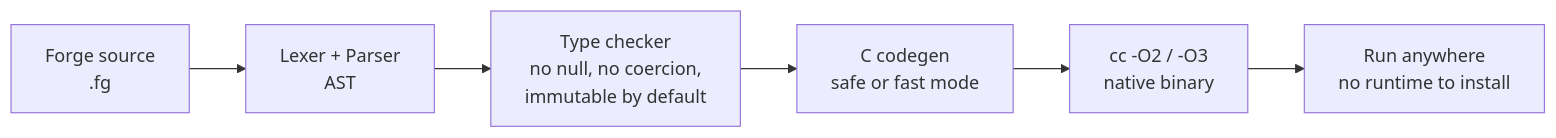
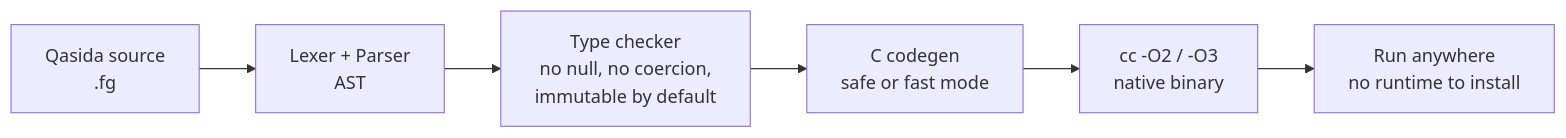
One commit to themythofsisyphusjayant/RED-MOON- changed the first of 2 diagrams in README.md. Above: the diagram before and after it, drawn with Mermaid. The commit also changed other lines of this file, not shown here.

Commit message:
Refresh README: Qasida 2.2.0, self-hosting, speed + quant-latency results

````diff
--- a/README.md
+++ b/README.md
@@ -169,8 +198,8 @@
 ```mermaid
 flowchart LR
-    A[Forge source<br/>.fg] --> B[Lexer + Parser<br/>AST]
+    A[Qasida source<br/>.fg] --> B[Lexer + Parser<br/>AST]
     B --> C[Type checker<br/>no null, no coercion,<br/>immutable by default]
     C --> D[C codegen<br/>safe or fast mode]
     D --> E[cc -O2 / -O3<br/>native binary]
     E --> F[Run anywhere<br/>no runtime to install]
 ```
````
